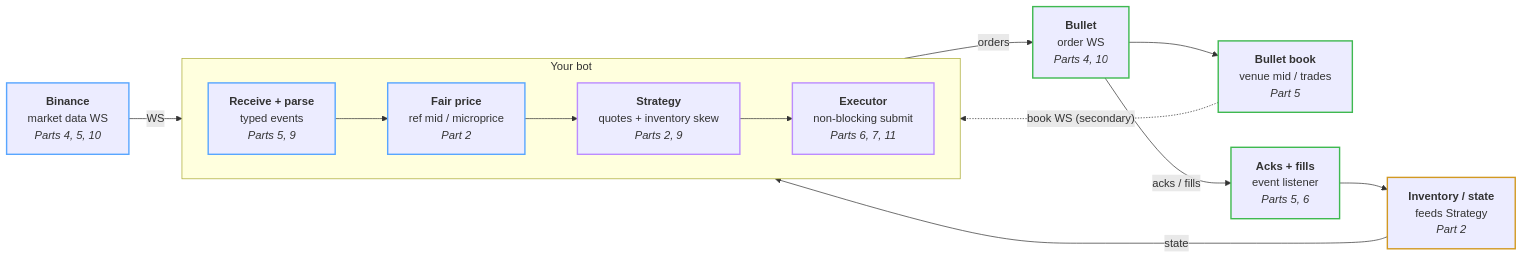
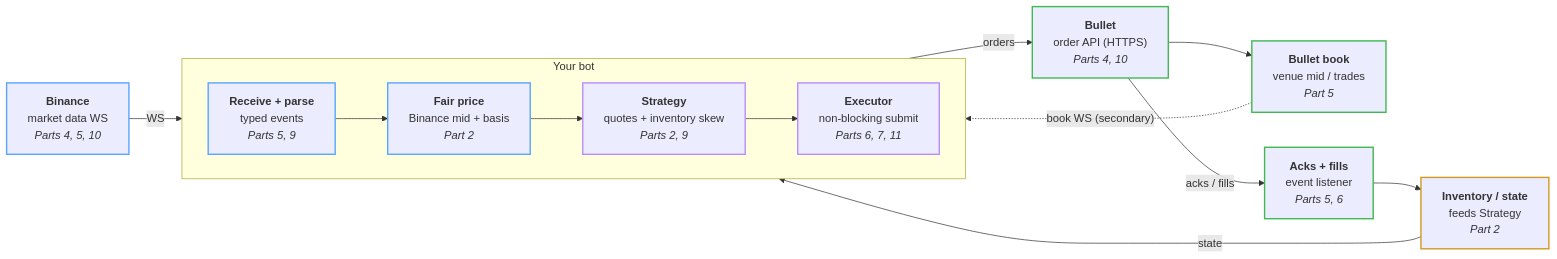
One commit to bulletxyz/hft-for-dummies changed the diagram in README.md. Above: the diagram before and after it, drawn with Mermaid. The commit also changed other lines of this file and 14 other files, not shown here.

````diff
--- a/README.md
+++ b/README.md
@@ -12,29 +12,29 @@
 ```mermaid
 flowchart LR
     BIN["<b>Binance</b><br/>market data WS<br/><i>Parts 4, 5, 10</i>"]
     subgraph BOT["Your bot"]
         direction LR
         RX["<b>Receive + parse</b><br/>typed events<br/><i>Parts 5, 9</i>"]
-        FAIR["<b>Fair price</b><br/>ref mid / microprice<br/><i>Part 2</i>"]
+        FAIR["<b>Fair price</b><br/>Binance mid + basis<br/><i>Part 2</i>"]
         STRAT["<b>Strategy</b><br/>quotes + inventory skew<br/><i>Parts 2, 9</i>"]
         EXEC["<b>Executor</b><br/>non-blocking submit<br/><i>Parts 6, 7, 11</i>"]
     end
-    BUL["<b>Bullet</b><br/>order WS<br/><i>Parts 4, 10</i>"]
+    BUL["<b>Bullet</b><br/>order API (HTTPS)<br/><i>Parts 4, 10</i>"]
     BOOK["<b>Bullet book</b><br/>venue mid / trades<br/><i>Part 5</i>"]
     FILLS["<b>Acks + fills</b><br/>event listener<br/><i>Parts 5, 6</i>"]
     STATE["<b>Inventory / state</b><br/>feeds Strategy<br/><i>Part 2</i>"]
 
     BIN -- WS --> RX --> FAIR --> STRAT --> EXEC -- orders --> BUL
     BUL --> BOOK
     BOOK -. "book WS (secondary)" .-> RX
     BUL -- "acks / fills" --> FILLS --> STATE -- state --> STRAT
 
     classDef ref stroke:#58a6ff,stroke-width:2px
     classDef venue stroke:#3fb950,stroke-width:2px
     classDef bot stroke:#bc8cff,stroke-width:2px
     classDef state stroke:#d29922,stroke-width:2px
     class BIN,RX,FAIR ref
     class BUL,BOOK,FILLS venue
     class STRAT,EXEC bot
     class STATE state
 ```
````
